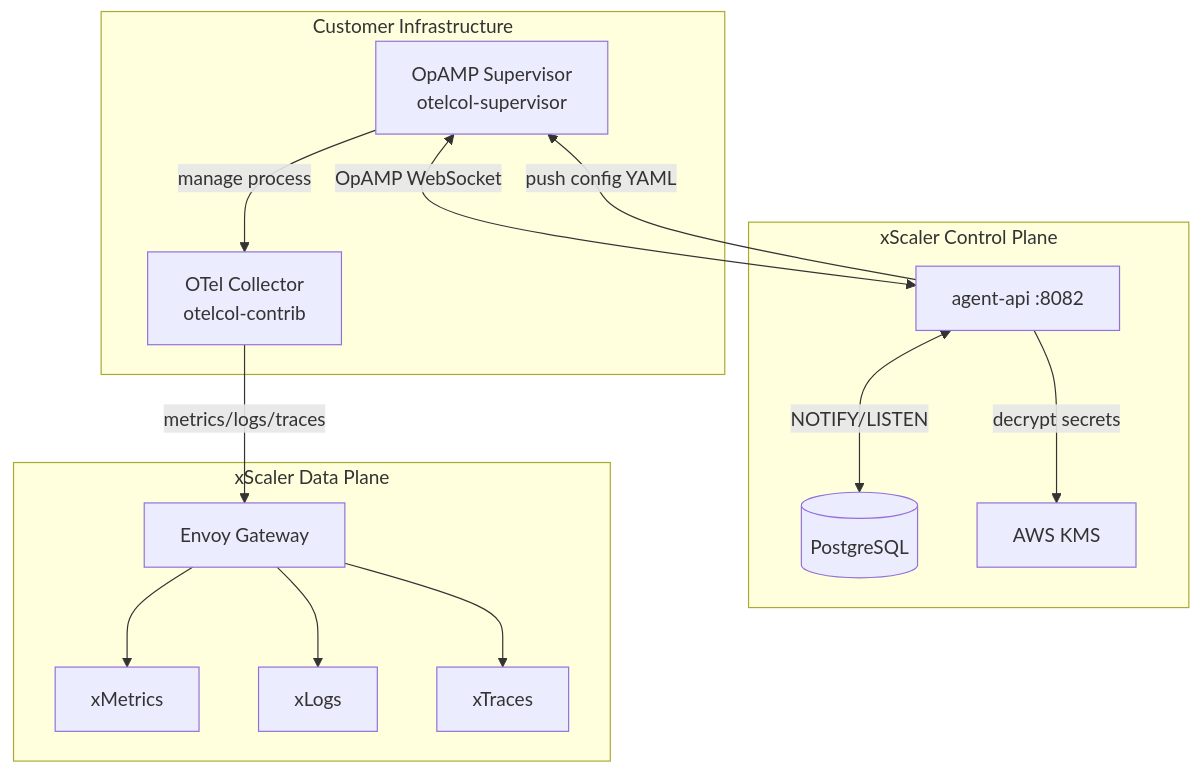
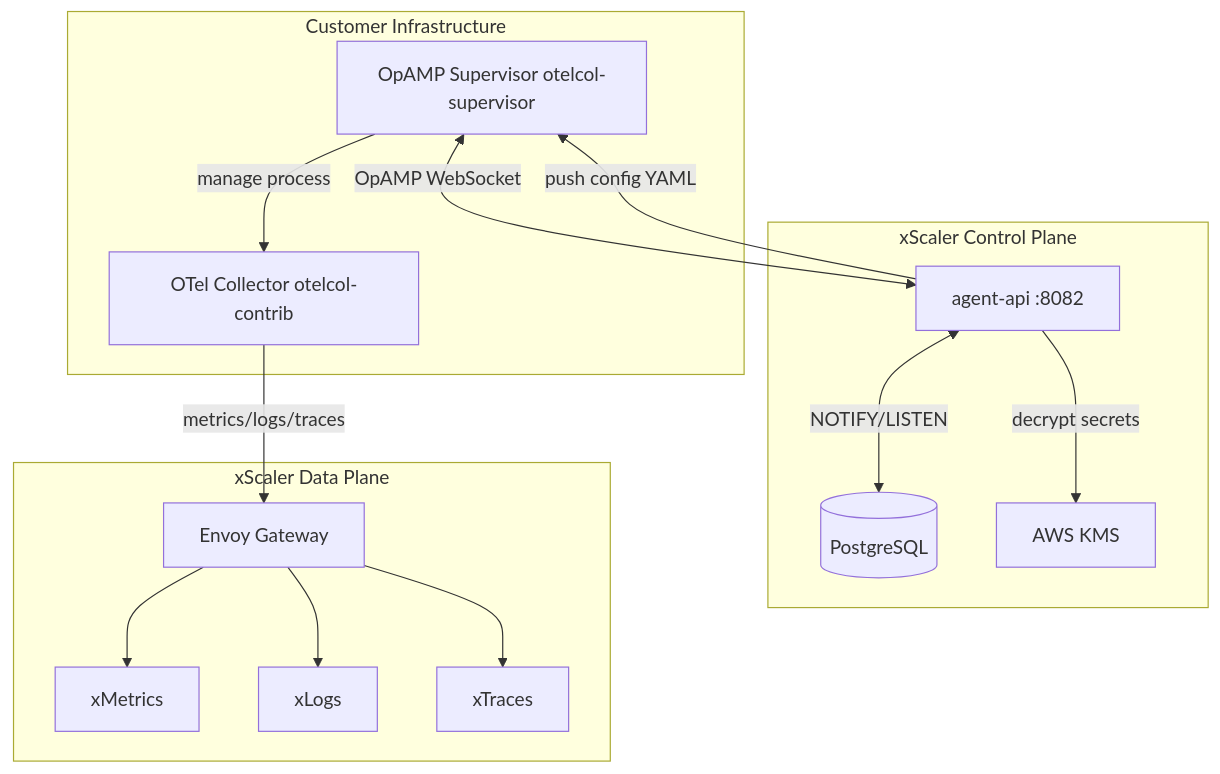
The first of 3 diagrams in docs/session-2/agent-vs-gateway.md (xscaler/training), drawn with Mermaid before and after one commit. The commit also changed other lines of this file and 38 other files, not shown here.

First line of the commit message:
Remove internal content, fix Mermaid diagrams, and rewrite labs as customer-facing exercises

````diff
--- a/docs/session-2/agent-vs-gateway.md
+++ b/docs/session-2/agent-vs-gateway.md
@@ -16,28 +16,28 @@
 ```mermaid
 graph TB
     subgraph "Customer Infrastructure"
-        SUP[OpAMP Supervisor\notelcol-supervisor]
-        COL[OTel Collector\notelcol-contrib]
+        SUP[OpAMP Supervisor otelcol-supervisor]
+        COL[OTel Collector otelcol-contrib]
         SUP -->|manage process| COL
     end
 
     subgraph "xScaler Control Plane"
         AA[agent-api :8082]
         PG[(PostgreSQL)]
         KMS[AWS KMS]
     end
 
     subgraph "xScaler Data Plane"
         EN[Envoy Gateway]
         MI[xMetrics]
         LO[xLogs]
         TE[xTraces]
     end
 
     SUP <-->|OpAMP WebSocket| AA
     AA <-->|NOTIFY/LISTEN| PG
     AA -->|decrypt secrets| KMS
     AA -->|push config YAML| SUP
     COL -->|metrics/logs/traces| EN
     EN --> MI & LO & TE
 ```
````
